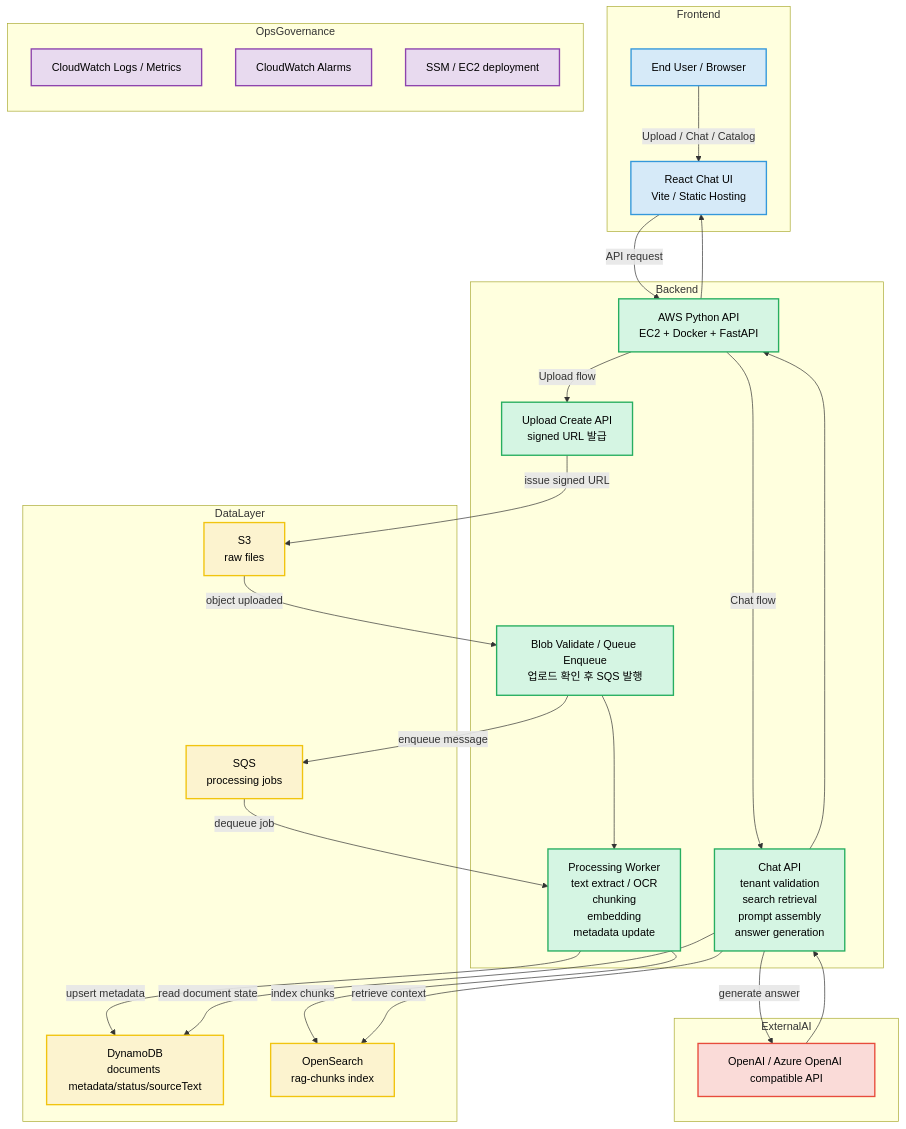
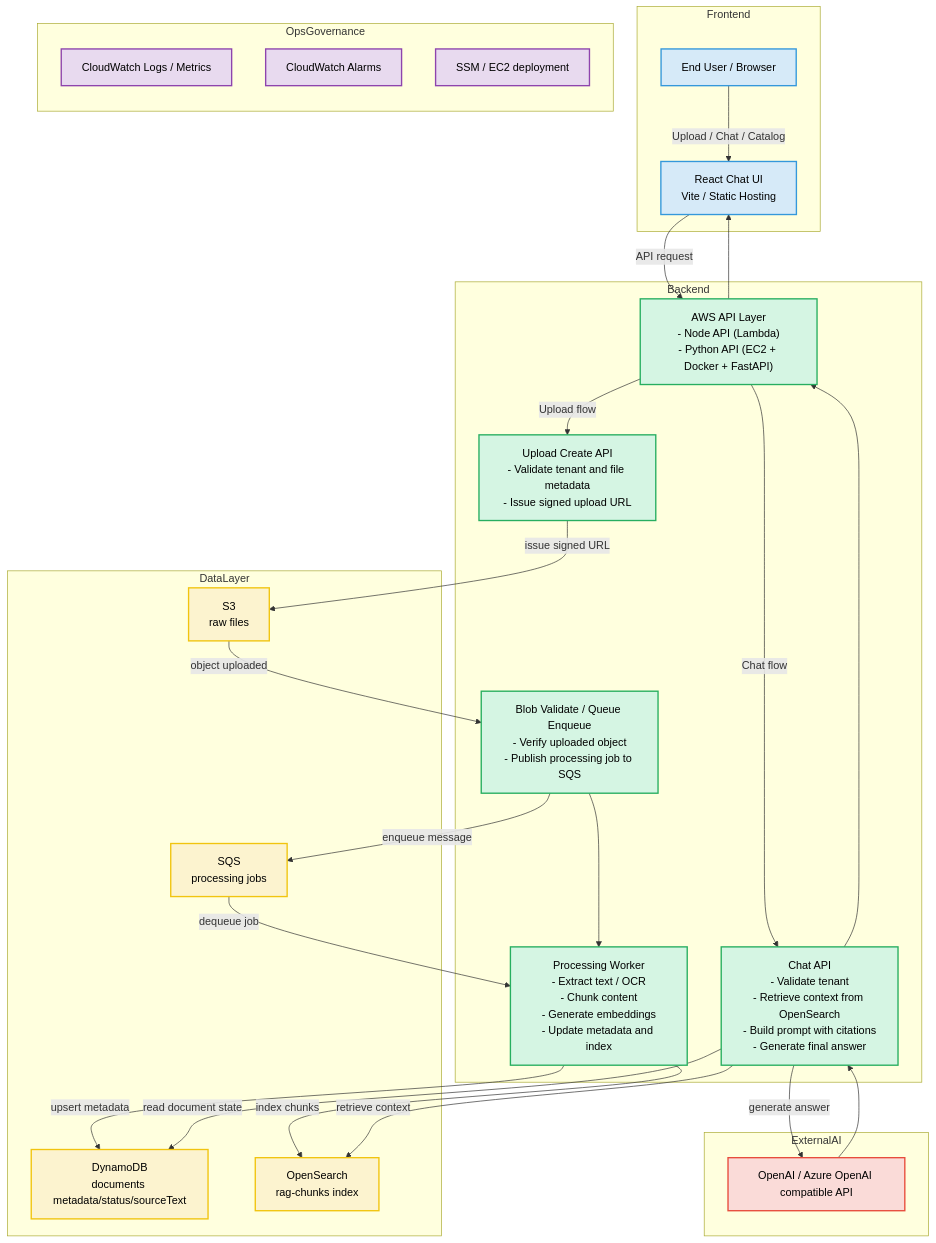
One commit to kimgyver/RAG-azure changed the diagram in docs/chatbot-feature-architecture-aws.md. Above: the diagram before and after it, drawn with Mermaid.

Commit message:
AWS diagram change

````diff
--- a/docs/chatbot-feature-architecture-aws.md
+++ b/docs/chatbot-feature-architecture-aws.md
@@ -7,79 +7,68 @@
 ```mermaid
 flowchart TB
   classDef frontend fill:#D6EAF8,stroke:#3498DB,stroke-width:2px,color:#000;
   classDef backend fill:#D5F5E3,stroke:#27AE60,stroke-width:2px,color:#000;
   classDef database fill:#FCF3CF,stroke:#F1C40F,stroke-width:2px,color:#000;
   classDef external fill:#FADBD8,stroke:#E74C3C,stroke-width:2px,color:#000;
   classDef ops fill:#E8DAEF,stroke:#8E44AD,stroke-width:2px,color:#000;
 
   subgraph Frontend
       A[End User / Browser]
       B[React Chat UI
 Vite / Static Hosting]
       A -->|Upload / Chat / Catalog| B
   end
   class A,B frontend;
 
   subgraph Backend
-      C[AWS Python API
-EC2 + Docker + FastAPI]
-      D[Upload Create API
-signed URL 발급]
-      E[Chat API
-tenant validation
-search retrieval
-prompt assembly
-answer generation]
-      F[Blob Validate / Queue Enqueue
-업로드 확인 후 SQS 발행]
-      G[Processing Worker
-text extract / OCR
-chunking
-embedding
-metadata update]
+      C["AWS API Layer<br/>- Node API (Lambda)<br/>- Python API (EC2 + Docker + FastAPI)"]
+      D["Upload Create API<br/>- Validate tenant and file metadata<br/>- Issue signed upload URL"]
+      E["Chat API<br/>- Validate tenant<br/>- Retrieve context from OpenSearch<br/>- Build prompt with citations<br/>- Generate final answer"]
+      F["Blob Validate / Queue Enqueue<br/>- Verify uploaded object<br/>- Publish processing job to SQS"]
+      G["Processing Worker<br/>- Extract text / OCR<br/>- Chunk content<br/>- Generate embeddings<br/>- Update metadata and index"]
       B -->|API request| C
       C -->|Upload flow| D
       C -->|Chat flow| E
       F --> G
   end
   class C,D,E,F,G backend;
 
   subgraph DataLayer
       H[S3
 raw files]
       I[SQS
 processing jobs]
       J[DynamoDB
 documents metadata/status/sourceText]
       K[OpenSearch
 rag-chunks index]
   end
   class H,I,J,K database;
 
   subgraph ExternalAI
       L[OpenAI / Azure OpenAI compatible API]
   end
   class L external;
 
   subgraph OpsGovernance
       direction TB
       M[CloudWatch Logs / Metrics]
       N[CloudWatch Alarms]
       O[SSM / EC2 deployment]
   end
   class M,N,O ops;
 
   D -->|issue signed URL| H
   H -->|object uploaded| F
   F -->|enqueue message| I
   I -->|dequeue job| G
   G -->|upsert metadata| J
   G -->|index chunks| K
 
   E -->|retrieve context| K
   E -->|read document state| J
   E -->|generate answer| L
   L --> E
   E --> C
   C --> B
 ```
````
